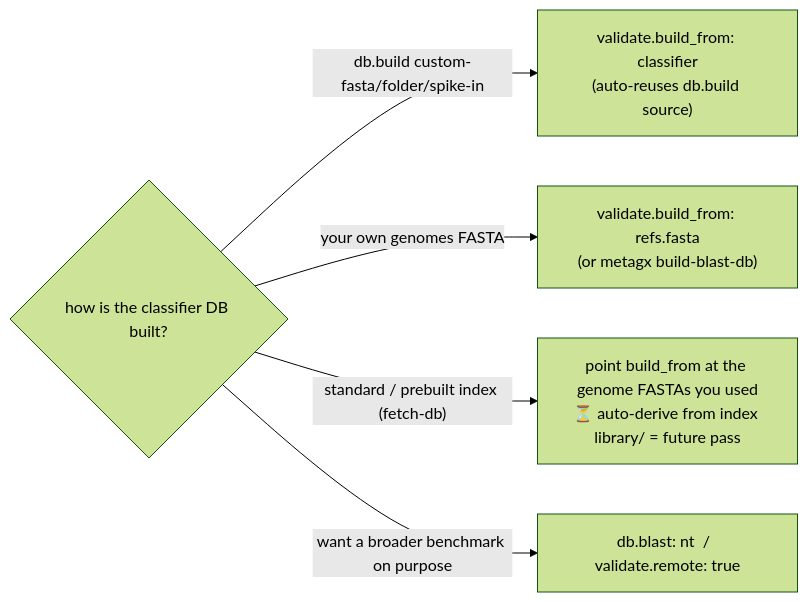
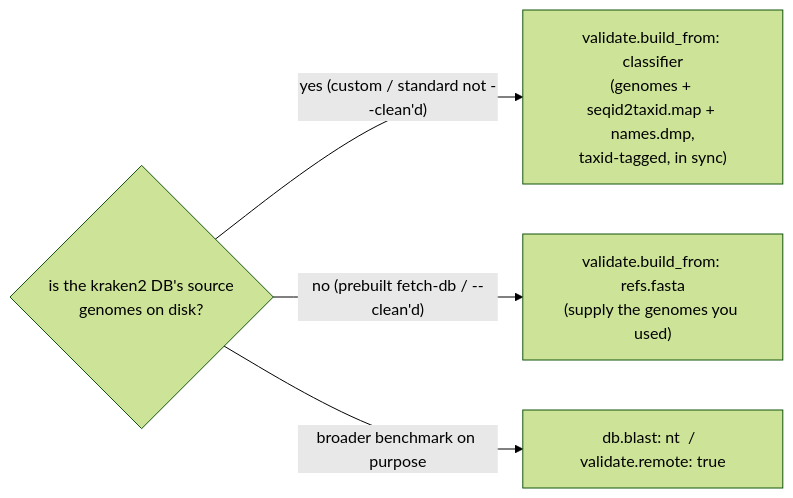
Before and after one commit to MdRasheduz-zaman/metagenomics-skill: the fifth of 5 diagrams in docs/ARCHITECTURE-WIRING.md, drawn with Mermaid (forest theme). The commit also changed other lines of this file and 9 other files, not shown here.

````diff
--- a/docs/ARCHITECTURE-WIRING.md
+++ b/docs/ARCHITECTURE-WIRING.md
@@ -176,8 +222,7 @@
 ```mermaid
 flowchart LR
-    Q{"how is the classifier DB built?"}
-    Q -->|"db.build custom-fasta/folder/spike-in"| A["validate.build_from: classifier<br/>(auto-reuses db.build source)"]
-    Q -->|"your own genomes FASTA"| B["validate.build_from: refs.fasta<br/>(or metagx build-blast-db)"]
-    Q -->|"standard / prebuilt index (fetch-db)"| C["point build_from at the genome FASTAs you used<br/>⏳ auto-derive from index library/ = future pass"]
-    Q -->|"want a broader benchmark on purpose"| D["db.blast: nt  /  validate.remote: true"]
+    Q{"is the kraken2 DB's source<br/>genomes on disk?"}
+    Q -->|"yes (custom / standard not --clean'd)"| A["validate.build_from: classifier<br/>(genomes + seqid2taxid.map + names.dmp,<br/>taxid-tagged, in sync)"]
+    Q -->|"no (prebuilt fetch-db / --clean'd)"| B["validate.build_from: refs.fasta<br/>(supply the genomes you used)"]
+    Q -->|"broader benchmark on purpose"| C["db.blast: nt  /  validate.remote: true"]
 ```
````
